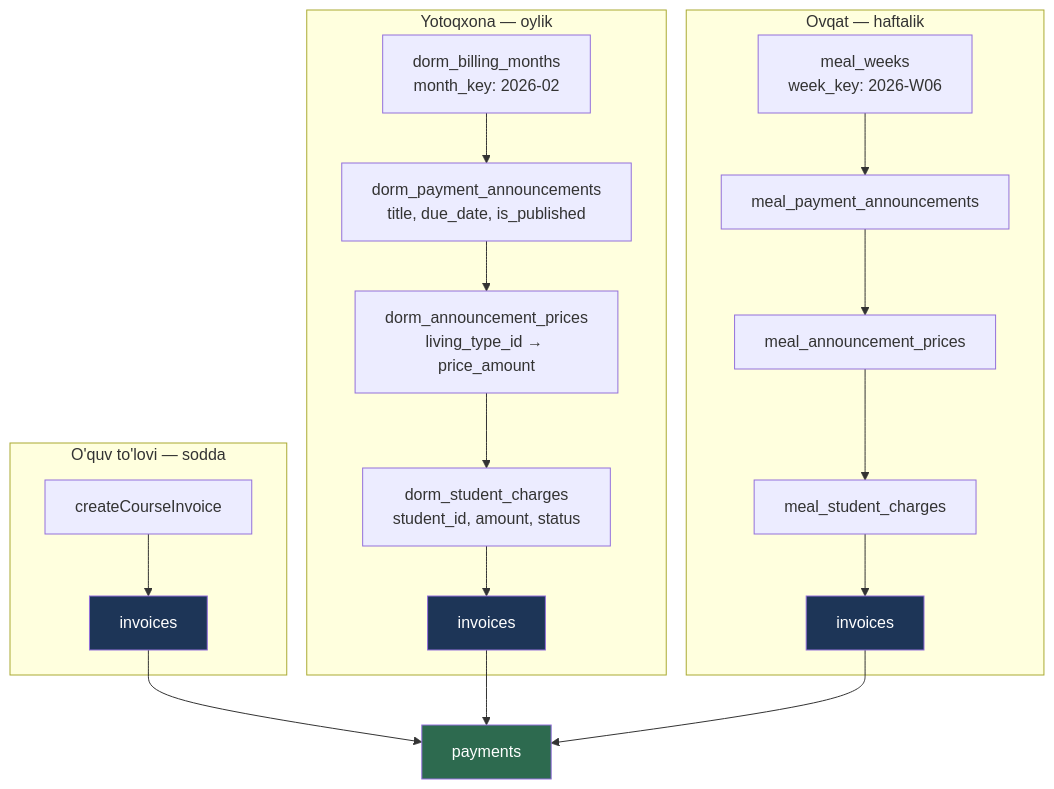
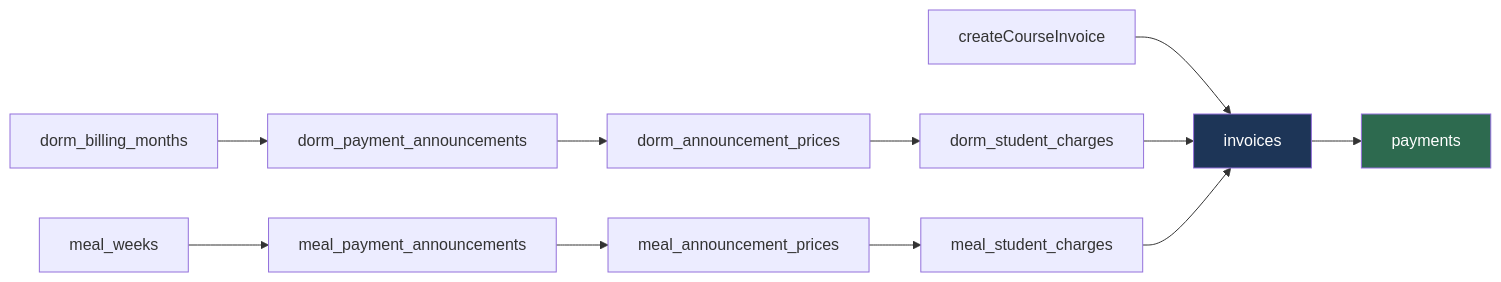
One commit to Sarvarbek0704/mathacademy changed the diagram in docs/09-billing-and-finance.md. Above: the diagram before and after it, drawn with Mermaid. The commit also changed other lines of this file, not shown here.

````diff
--- a/docs/09-billing-and-finance.md
+++ b/docs/09-billing-and-finance.md
@@ -49,29 +36,9 @@
 ```mermaid
-graph TD
-    subgraph "O'quv to'lovi — sodda"
-        CI[createCourseInvoice] --> INV1[invoices]
-    end
-
-    subgraph "Yotoqxona — oylik"
-        DM[dorm_billing_months<br/>month_key: 2026-02] --> DA[dorm_payment_announcements<br/>title, due_date, is_published]
-        DA --> DP[dorm_announcement_prices<br/>living_type_id → price_amount]
-        DP --> DC[dorm_student_charges<br/>student_id, amount, status]
-        DC --> INV2[invoices]
-    end
-
-    subgraph "Ovqat — haftalik"
-        MW[meal_weeks<br/>week_key: 2026-W06] --> MA[meal_payment_announcements]
-        MA --> MP[meal_announcement_prices]
-        MP --> MC[meal_student_charges]
-        MC --> INV3[invoices]
-    end
-
-    INV1 --> PAY[payments]
-    INV2 --> PAY
-    INV3 --> PAY
-
+graph LR
+    CI[createCourseInvoice] --> INV[invoices]
+    DM[dorm_billing_months] --> DA[dorm_payment_announcements] --> DP[dorm_announcement_prices] --> DC[dorm_student_charges] --> INV
+    MW[meal_weeks] --> MA[meal_payment_announcements] --> MP[meal_announcement_prices] --> MC[meal_student_charges] --> INV
+    INV --> PAY[payments]
     style PAY fill:#2d6a4f,color:#fff
-    style INV1 fill:#1d3557,color:#fff
-    style INV2 fill:#1d3557,color:#fff
-    style INV3 fill:#1d3557,color:#fff
+    style INV fill:#1d3557,color:#fff
 ```
````
